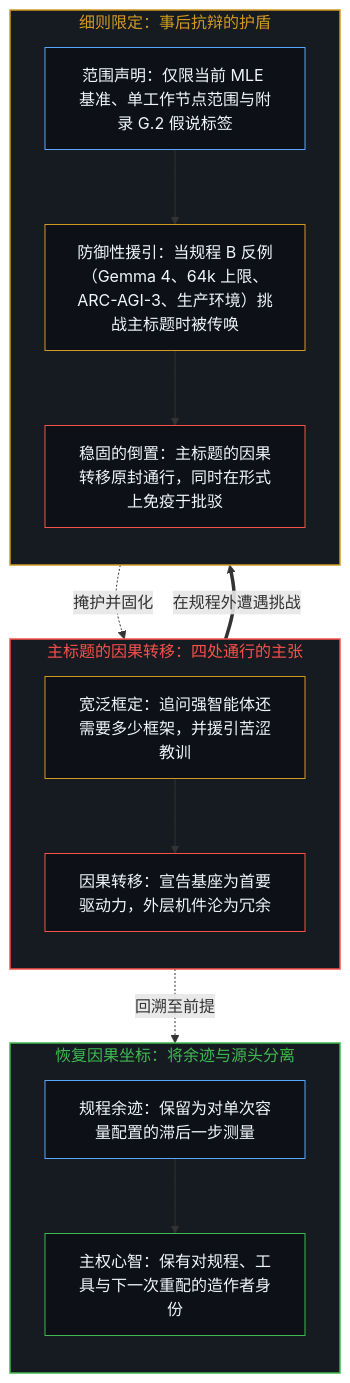
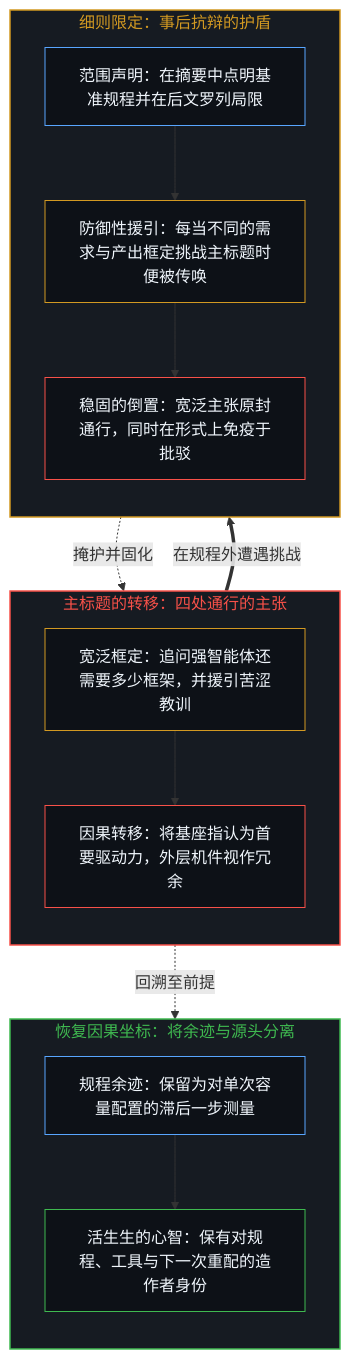
The third of 4 diagrams in content/posts/the-comparison-that-relocates-the-cause.md (powerpig99/not-a-toe), drawn with Mermaid before and after one commit. The commit also changed other lines of this file and 4 other files, not shown here.

````diff
--- a/content/posts/the-comparison-that-relocates-the-cause.md
+++ b/content/posts/the-comparison-that-relocates-the-cause.md
@@ -103,35 +103,35 @@
 ```mermaid
 flowchart TD
-    subgraph S_Move["主标题的因果转移：四处通行的主张"]
+    subgraph S_Move["主标题的转移：四处通行的主张"]
         direction TB
         H_Title["宽泛框定：追问强智能体还需要多少框架，并援引苦涩教训"]
-        H_Loc["因果转移：宣告基座为首要驱动力，外层机件沦为冗余"]
+        H_Loc["因果转移：将基座指认为首要驱动力，外层机件视作冗余"]
         H_Title --> H_Loc
     end
     subgraph S_Print["细则限定：事后抗辩的护盾"]
         direction TB
-        F_Qual["范围声明：仅限当前 MLE 基准、单工作节点范围与附录 G.2 假说标签"]
-        F_Def["防御性援引：当规程 B 反例（Gemma 4、64k 上限、ARC-AGI-3、生产环境）挑战主标题时被传唤"]
-        F_Stab["稳固的倒置：主标题的因果转移原封通行，同时在形式上免疫于批驳"]
+        F_Qual["范围声明：在摘要中点明基准规程并在后文罗列局限"]
+        F_Def["防御性援引：每当不同的需求与产出框定挑战主标题时便被传唤"]
+        F_Stab["稳固的倒置：宽泛主张原封通行，同时在形式上免疫于批驳"]
         F_Qual --> F_Def --> F_Stab
     end
     subgraph S_Clear["恢复因果坐标：将余迹与源头分离"]
         direction TB
         C_Res["规程余迹：保留为对单次容量配置的滞后一步测量"]
-        C_Edge["主权心智：保有对规程、工具与下一次重配的造作者身份"]
+        C_Edge["活生生的心智：保有对规程、工具与下一次重配的造作者身份"]
         C_Res --> C_Edge
     end
     H_Loc ==>|"在规程外遭遇挑战"| F_Def
     F_Stab -.->|"掩护并固化"| H_Loc
     H_Loc -.->|"回溯至前提"| C_Res
     style S_Move fill:#161b22,stroke:#f85149,stroke-width:1.5px,color:#f85149
     style S_Print fill:#161b22,stroke:#d29922,stroke-width:1.5px,color:#d29922
     style S_Clear fill:#161b22,stroke:#3fb950,stroke-width:1.5px,color:#3fb950
     style H_Title fill:#0d1117,stroke:#d29922,stroke-width:1px,color:#f0f6fc
     style H_Loc fill:#0d1117,stroke:#f85149,stroke-width:1px,color:#f0f6fc
     style F_Qual fill:#0d1117,stroke:#58a6ff,stroke-width:1px,color:#f0f6fc
     style F_Def fill:#0d1117,stroke:#d29922,stroke-width:1px,color:#f0f6fc
     style F_Stab fill:#0d1117,stroke:#f85149,stroke-width:1px,color:#f0f6fc
     style C_Res fill:#0d1117,stroke:#58a6ff,stroke-width:1px,color:#f0f6fc
     style C_Edge fill:#0d1117,stroke:#3fb950,stroke-width:1px,color:#f0f6fc
 ```
````
